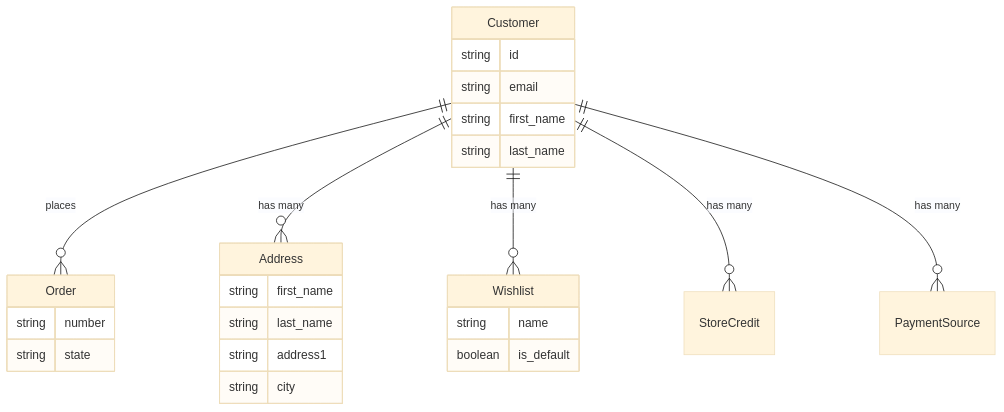
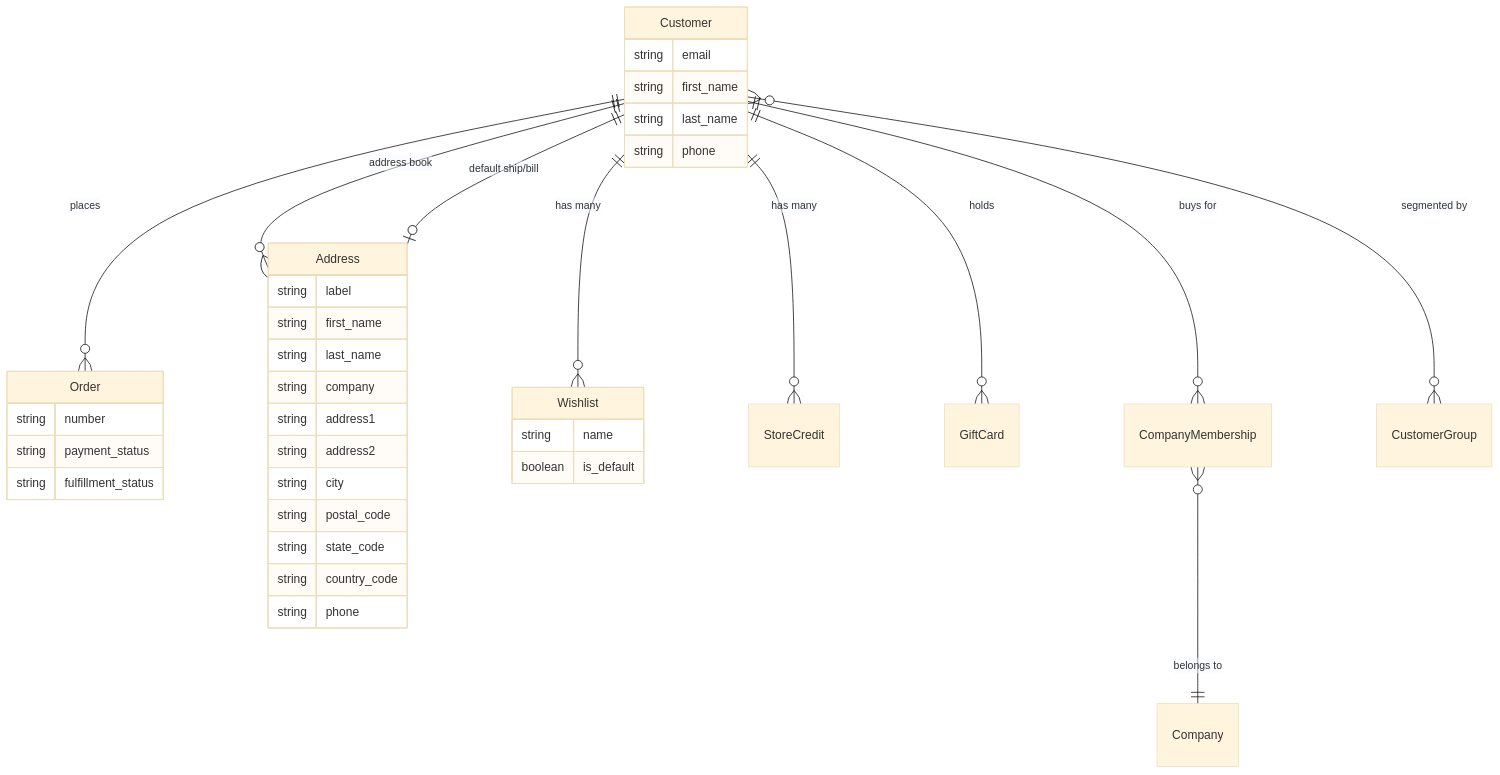
One commit to spree/spree changed the diagram in docs/developer/core-concepts/customers.mdx. Above: the diagram before and after it, drawn with Mermaid (base theme). The commit also changed other lines of this file and 47 other files, not shown here.

````diff
--- a/docs/developer/core-concepts/customers.mdx
+++ b/docs/developer/core-concepts/customers.mdx
@@ -10,32 +10,44 @@
 ```mermaid
 erDiagram
     Customer ||--o{ Order : "places"
-    Customer ||--o{ Address : "has many"
+    Customer ||--o{ Address : "address book"
+    Customer ||--o| Address : "default ship/bill"
     Customer ||--o{ Wishlist : "has many"
     Customer ||--o{ StoreCredit : "has many"
-    Customer ||--o{ PaymentSource : "has many"
+    Customer ||--o{ GiftCard : "holds"
+    Customer ||--o{ CompanyMembership : "buys for"
+    CompanyMembership }o--|| Company : "belongs to"
+    Customer }o--o{ CustomerGroup : "segmented by"
 
     Customer {
-        string id
         string email
         string first_name
         string last_name
+        string phone
     }
 
     Order {
         string number
-        string state
+        string payment_status
+        string fulfillment_status
     }
 
     Address {
+        string label
         string first_name
         string last_name
+        string company
         string address1
+        string address2
         string city
+        string postal_code
+        string state_code
+        string country_code
+        string phone
     }
 
     Wishlist {
         string name
         boolean is_default
     }
 ```
````
